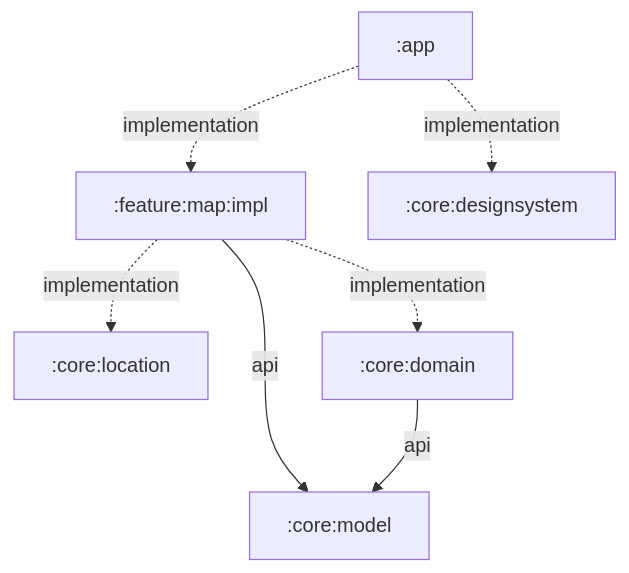
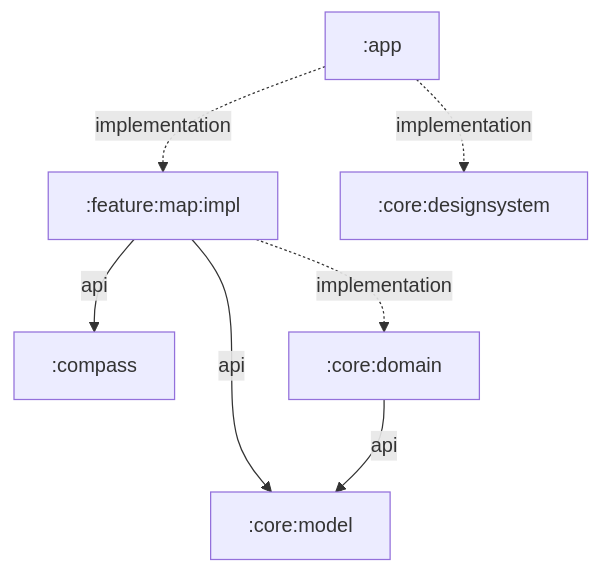
Before and after one commit to hrka6761/Shahbaz_Android: the diagram in README.md, drawn with Mermaid. The commit also changed other lines of this file and 21 other files, not shown here.

````diff
--- a/README.md
+++ b/README.md
@@ -30,16 +30,16 @@
 ```mermaid
 graph TD
   app[":app"]
   map[":feature:map:impl"]
   designsystem[":core:designsystem"]
-  location[":core:location"]
+  compass[":compass"]
   domain[":core:domain"]
   model[":core:model"]
 
   app -.->|implementation| designsystem
   app -.->|implementation| map
+  map -->|api| compass
   map -->|api| model
   map -.->|implementation| domain
-  map -.->|implementation| location
   domain -->|api| model
 ```
````
